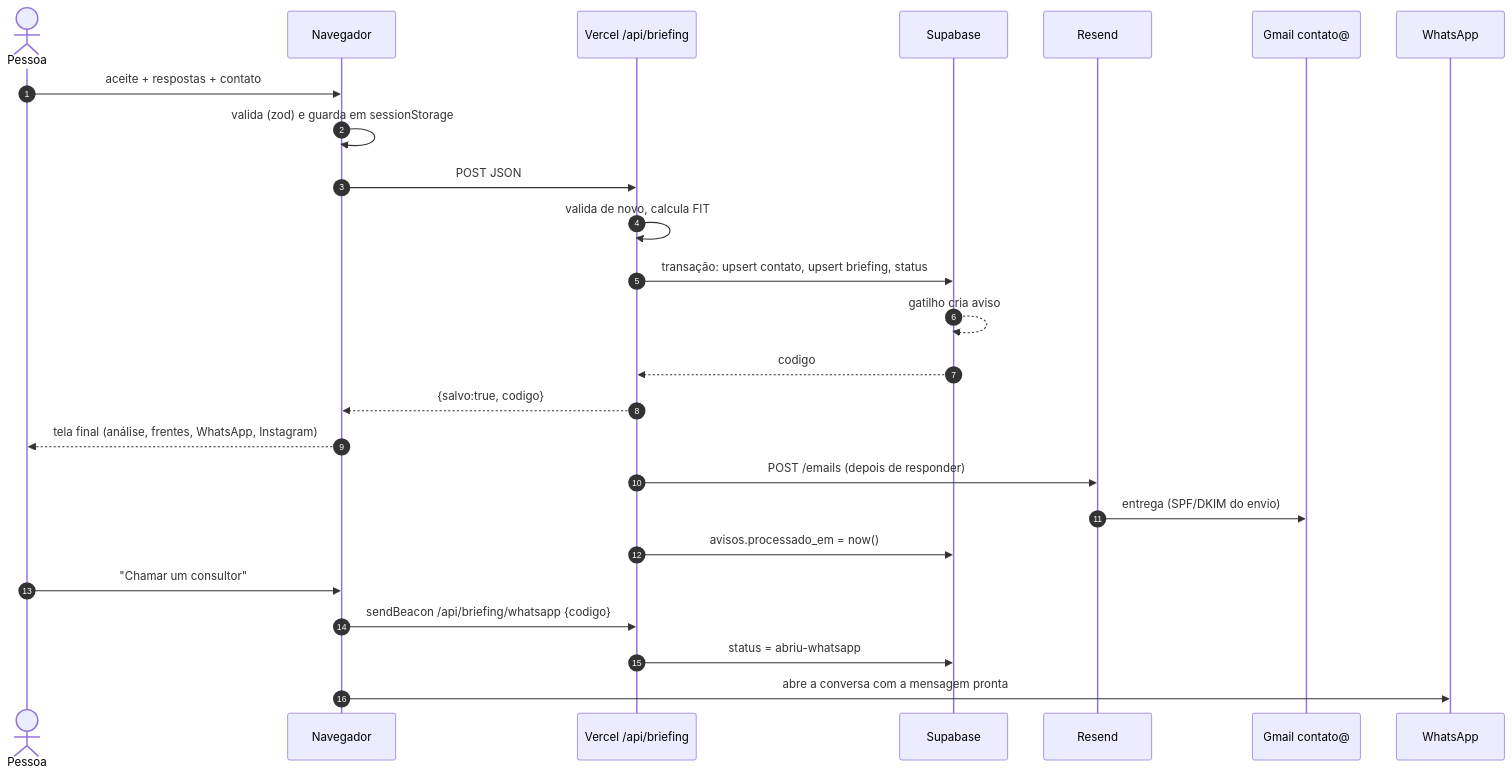
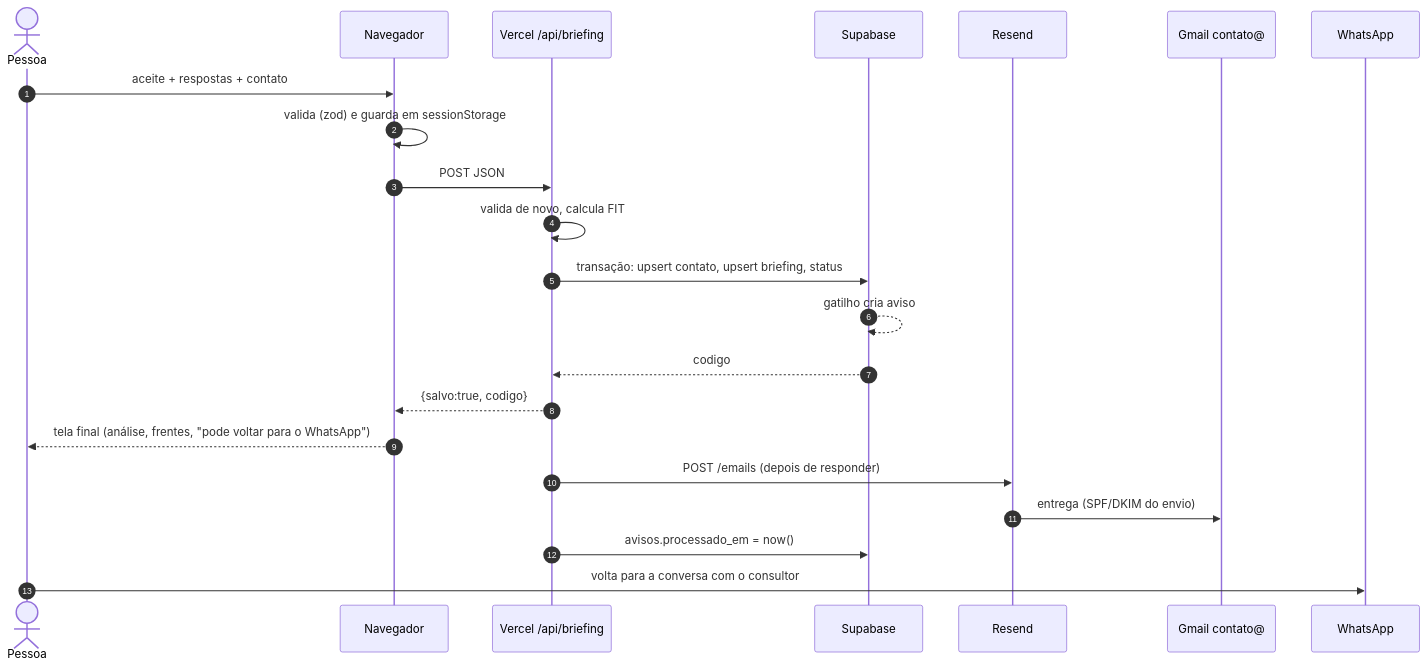
The fourth of 7 diagrams in docs/tecnico/09-modelo-de-dados-e-integracoes.md (theufirminoo/sa-marketing-project-landingpag), drawn with Mermaid before and after one commit. The commit also changed 10 other files, not shown here.

First line of the commit message:
Briefing: tela final sem botões, de volta para a conversa no WhatsApp

````diff
--- a/docs/tecnico/09-modelo-de-dados-e-integracoes.md
+++ b/docs/tecnico/09-modelo-de-dados-e-integracoes.md
@@ -252,27 +252,24 @@
 ```mermaid
 sequenceDiagram
   autonumber
   actor P as Pessoa
   participant N as Navegador
   participant V as Vercel /api/briefing
   participant S as Supabase
   participant R as Resend
   participant G as Gmail contato@
   participant W as WhatsApp
   P->>N: aceite + respostas + contato
   N->>N: valida (zod) e guarda em sessionStorage
   N->>V: POST JSON
   V->>V: valida de novo, calcula FIT
   V->>S: transação: upsert contato, upsert briefing, status
   S-->>S: gatilho cria aviso
   S-->>V: codigo
   V-->>N: {salvo:true, codigo}
-  N-->>P: tela final (análise, frentes, WhatsApp, Instagram)
+  N-->>P: tela final (análise, frentes, "pode voltar para o WhatsApp")
   V->>R: POST /emails (depois de responder)
   R->>G: entrega (SPF/DKIM do envio)
   V->>S: avisos.processado_em = now()
-  P->>N: "Chamar um consultor"
-  N->>V: sendBeacon /api/briefing/whatsapp {codigo}
-  V->>S: status = abriu-whatsapp
-  N->>W: abre a conversa com a mensagem pronta
+  P->>W: volta para a conversa com o consultor
 ```
````
